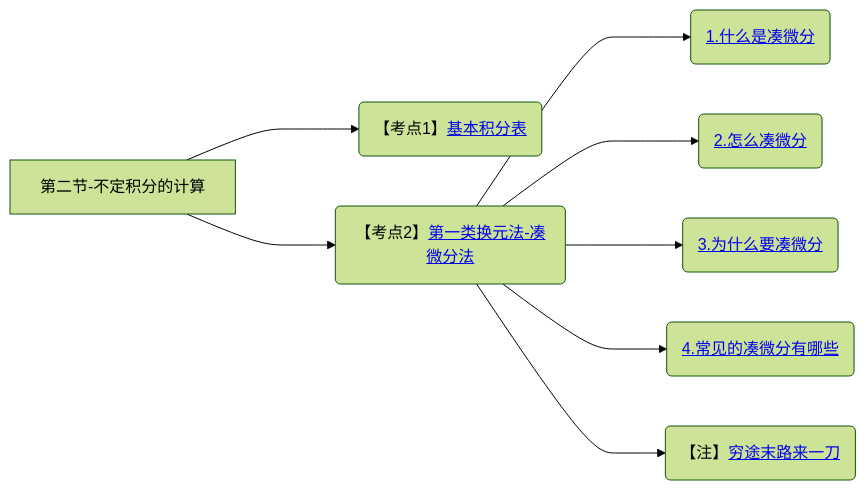
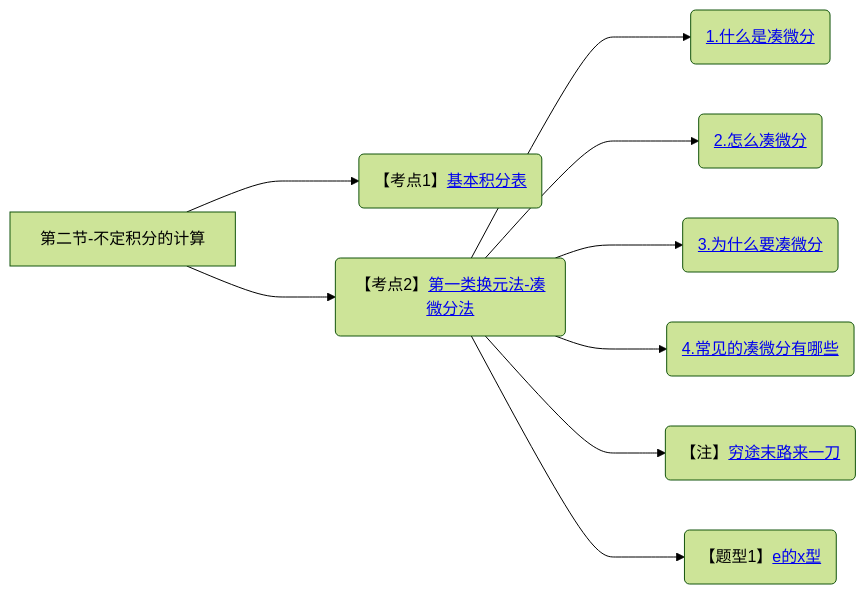
Diagram 18 of 18 in 笔记/数学/周洋鑫/01.基础班思维导图.md (yuebinghui/note), drawn with Mermaid (forest theme) before and after one commit. The commit also changed 5 other files, not shown here.

````diff
--- a/笔记/数学/周洋鑫/01.基础班思维导图.md
+++ b/笔记/数学/周洋鑫/01.基础班思维导图.md
@@ -625,14 +625,15 @@
 ```mermaid
 graph LR
 第二节-不定积分的计算
 
 第二节-不定积分的计算--->基本积分表(【考点1】<a href="/Users/yuebinghui/Documents/program/github/note/笔记/数学/周洋鑫/基础班/18.不定积分_1.md#基本积分表">基本积分表</>)
 
 第二节-不定积分的计算--->第一类换元法-凑微分法(【考点2】<a href="/Users/yuebinghui/Documents/program/github/note/笔记/数学/周洋鑫/基础班/18.不定积分_1.md#第一类换元法-凑微分法">第一类换元法-凑微分法</>)
 第一类换元法-凑微分法--->1.什么是凑微分(<a href="/Users/yuebinghui/Documents/program/github/note/笔记/数学/周洋鑫/基础班/18.不定积分_1.md#1.什么是凑微分">1.什么是凑微分</>)
 第一类换元法-凑微分法--->2.怎么凑微分(<a href="/Users/yuebinghui/Documents/program/github/note/笔记/数学/周洋鑫/基础班/18.不定积分_1.md#2.怎么凑微分">2.怎么凑微分</>)
 第一类换元法-凑微分法--->3.为什么要凑微分(<a href="/Users/yuebinghui/Documents/program/github/note/笔记/数学/周洋鑫/基础班/18.不定积分_1.md#3.为什么要凑微分">3.为什么要凑微分</>)
 第一类换元法-凑微分法--->4.常见的凑微分有哪些(<a href="/Users/yuebinghui/Documents/program/github/note/笔记/数学/周洋鑫/基础班/18.不定积分_1.md#4.常见的凑微分有哪些">4.常见的凑微分有哪些</>)
 第一类换元法-凑微分法--->穷途末路来一刀(【注】<a href="/Users/yuebinghui/Documents/program/github/note/笔记/数学/周洋鑫/基础班/18.不定积分_1.md#穷途末路来一刀">穷途末路来一刀</>)
+第一类换元法-凑微分法--->e的x型(【题型1】<a href="/Users/yuebinghui/Documents/program/github/note/笔记/数学/周洋鑫/基础班/18.不定积分_1.md#e的x型">e的x型</>)
 
 ```
````
